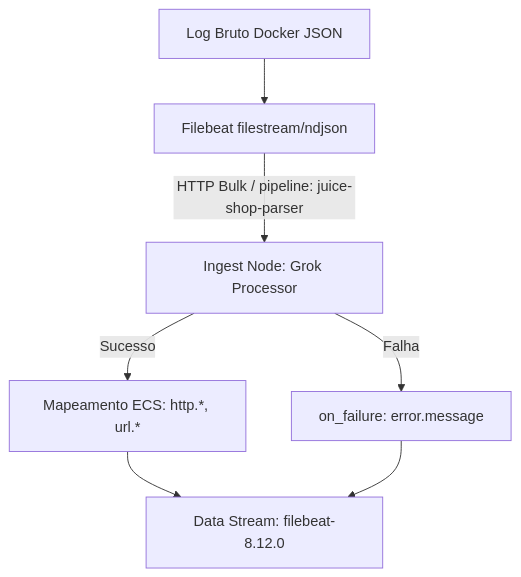
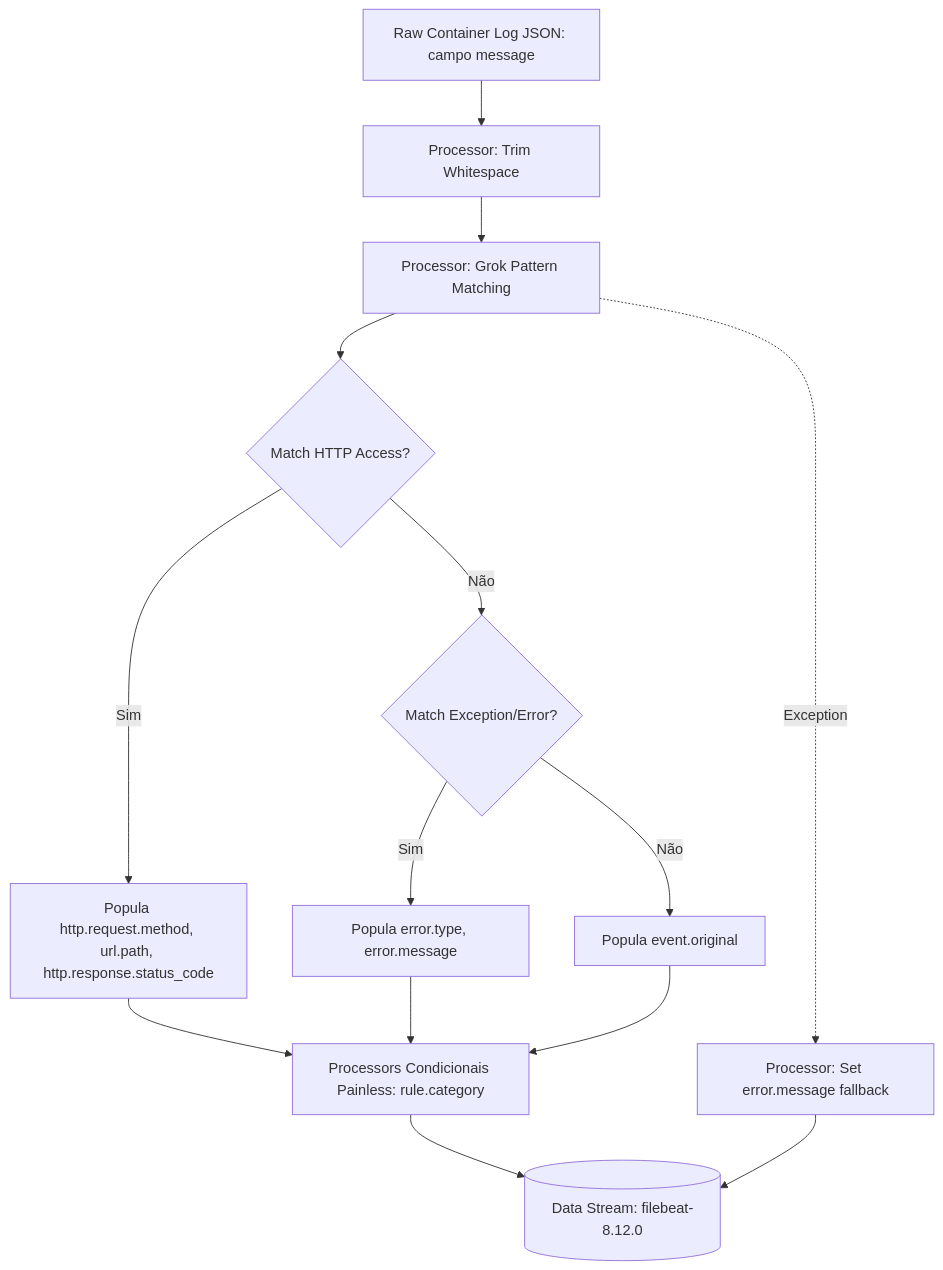
Before and after one commit to Londrik/purple-team-homelab: the diagram in docs/ingest_pipeline.md, drawn with Mermaid. The commit also changed other lines of this file and 4 other files, not shown here.

Commit message:
docs: formalize purple team engineering specs, mermaid topology, and detection metrics

````diff
--- a/docs/ingest_pipeline.md
+++ b/docs/ingest_pipeline.md
@@ -5,9 +5,16 @@
 ```mermaid
-graph TD
-    A[Log Bruto Docker JSON] --> B[Filebeat filestream/ndjson]
-    B -->|HTTP Bulk / pipeline: juice-shop-parser| C[Ingest Node: Grok Processor]
-    C -->|Sucesso| D[Mapeamento ECS: http.*, url.*]
-    C -->|Falha| E[on_failure: error.message]
-    D --> F[Data Stream: filebeat-8.12.0]
-    E --> F
+flowchart TD
+    RAW[Raw Container Log JSON: campo message] --> TRIM[Processor: Trim Whitespace]
+    TRIM --> GROK[Processor: Grok Pattern Matching]
+    GROK --> COND1{Match HTTP Access?}
+    COND1 -->|Sim| ECS_HTTP[Popula http.request.method, url.path, http.response.status_code]
+    COND1 -->|Não| COND2{Match Exception/Error?}
+    COND2 -->|Sim| ECS_ERR[Popula error.type, error.message]
+    COND2 -->|Não| ORIG[Popula event.original]
+    ECS_HTTP --> ENRICH[Processors Condicionais Painless: rule.category]
+    ECS_ERR --> ENRICH
+    ORIG --> ENRICH
+    ENRICH --> OUT[(Data Stream: filebeat-8.12.0)]
+    GROK -.->|Exception| ON_FAILURE[Processor: Set error.message fallback]
+    ON_FAILURE --> OUT
 ```
````
